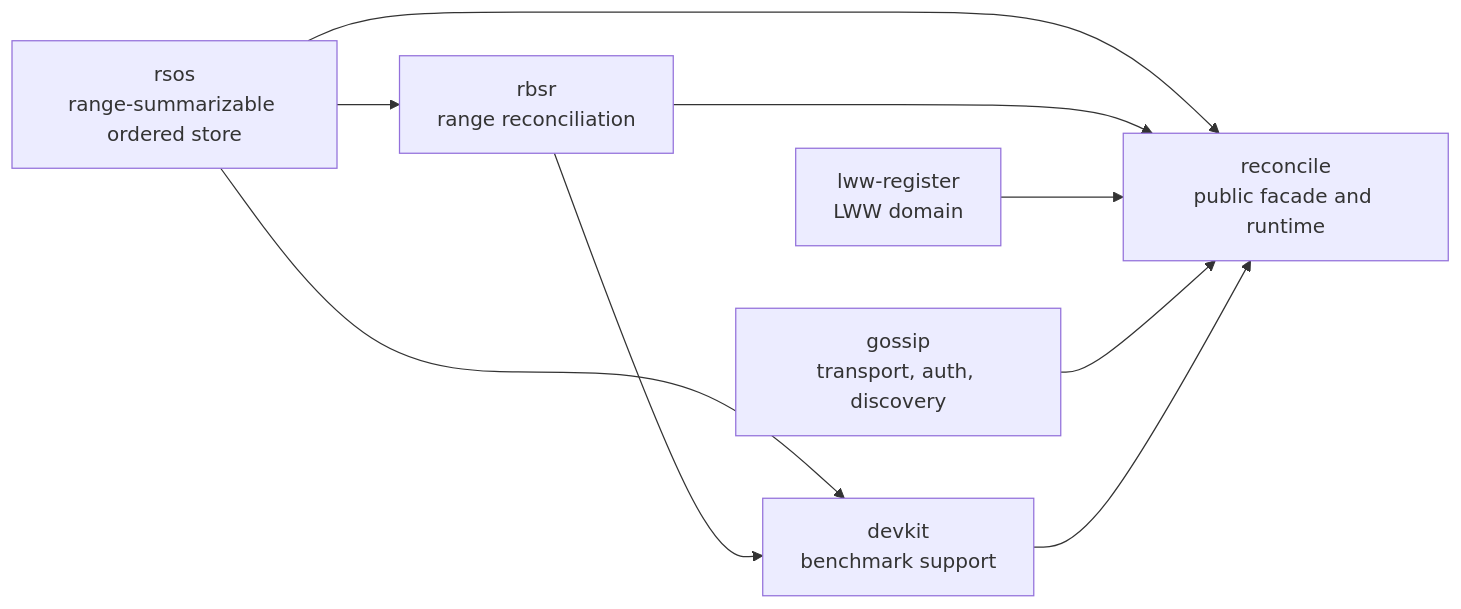
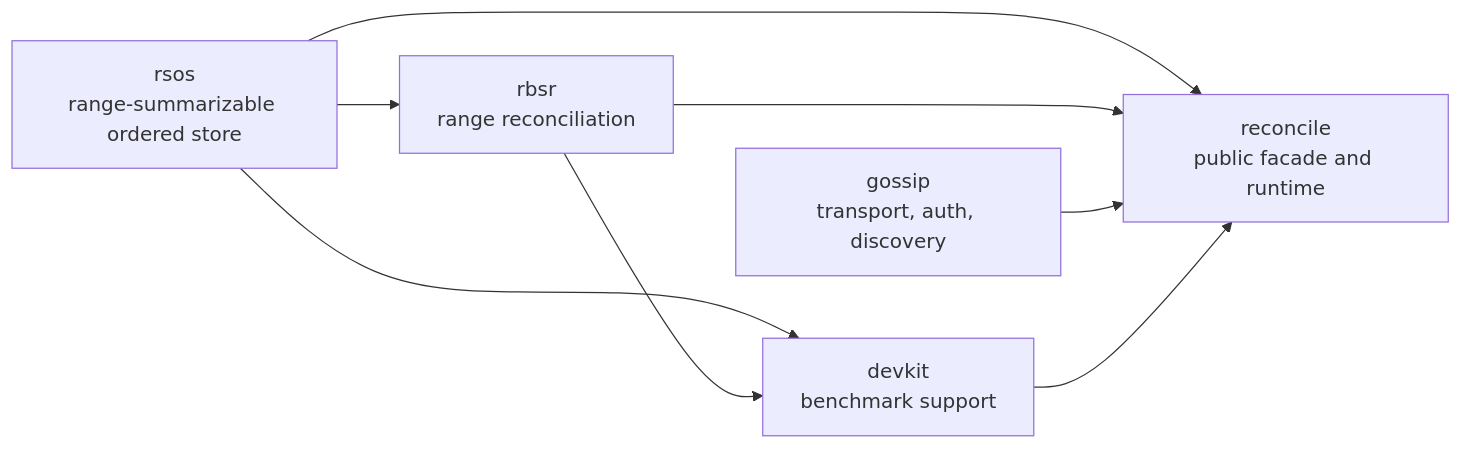
Before and after one commit to adriendellagaspera/reconcile-rs: the diagram in ARCHITECTURE.md, drawn with Mermaid. The commit also changed other lines of this file and 17 other files, not shown here.

Commit message:
refactor: consume standalone lww-register

````diff
--- a/ARCHITECTURE.md
+++ b/ARCHITECTURE.md
@@ -20,18 +20,16 @@
 ```mermaid
 graph LR
     rsos["rsos\nrange-summarizable ordered store"]
     rbsr["rbsr\nrange reconciliation"]
-    lww["lww-register\nLWW domain"]
     gossip["gossip\ntransport, auth, discovery"]
     reconcile["reconcile\npublic facade and runtime"]
     devkit["devkit\nbenchmark support"]
 
     rsos --> rbsr
     rsos --> reconcile
     rbsr --> reconcile
-    lww --> reconcile
     gossip --> reconcile
     rsos --> devkit
     rbsr --> devkit
     devkit --> reconcile
 ```
````
